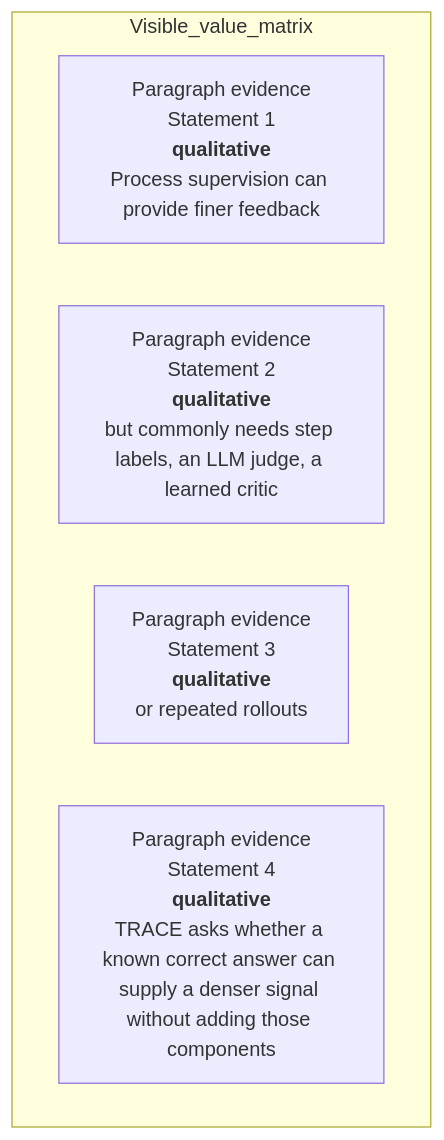
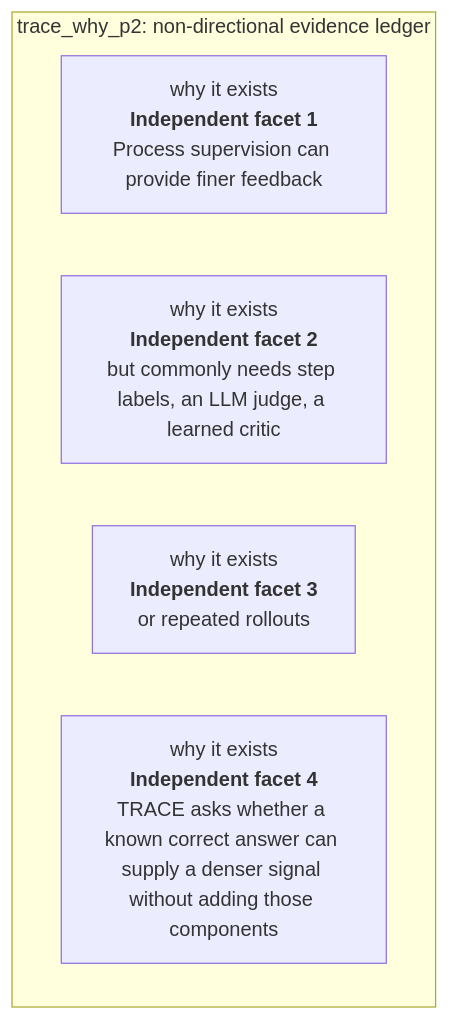
One commit to Betancourt1/paper_atlas changed the fifth of 48 diagrams in docs/visual-manifests/VISUAL_MANIFEST_TRACE.md. Above: the diagram before and after it, drawn with Mermaid. The commit also changed other lines of this file and 7 other files, not shown here.

````diff
--- a/docs/visual-manifests/VISUAL_MANIFEST_TRACE.md
+++ b/docs/visual-manifests/VISUAL_MANIFEST_TRACE.md
@@ -366,9 +426,9 @@
 ```mermaid
 flowchart TB
-  subgraph Visible_value_matrix
-    r1["Paragraph evidence<br/>Statement 1<br/><b>qualitative</b><br/>Process supervision can provide finer feedback"]
-    r2["Paragraph evidence<br/>Statement 2<br/><b>qualitative</b><br/>but commonly needs step labels, an LLM judge, a learned critic"]
-    r3["Paragraph evidence<br/>Statement 3<br/><b>qualitative</b><br/>or repeated rollouts"]
-    r4["Paragraph evidence<br/>Statement 4<br/><b>qualitative</b><br/>TRACE asks whether a known correct answer can supply a denser signal without adding those components"]
+  subgraph Ledger["trace_why_p2: non-directional evidence ledger"]
+    r1["why it exists<br/><b>Independent facet 1</b><br/>Process supervision can provide finer feedback"]
+    r2["why it exists<br/><b>Independent facet 2</b><br/>but commonly needs step labels, an LLM judge, a learned critic"]
+    r3["why it exists<br/><b>Independent facet 3</b><br/>or repeated rollouts"]
+    r4["why it exists<br/><b>Independent facet 4</b><br/>TRACE asks whether a known correct answer can supply a denser signal without adding those components"]
   end
 ```
````
